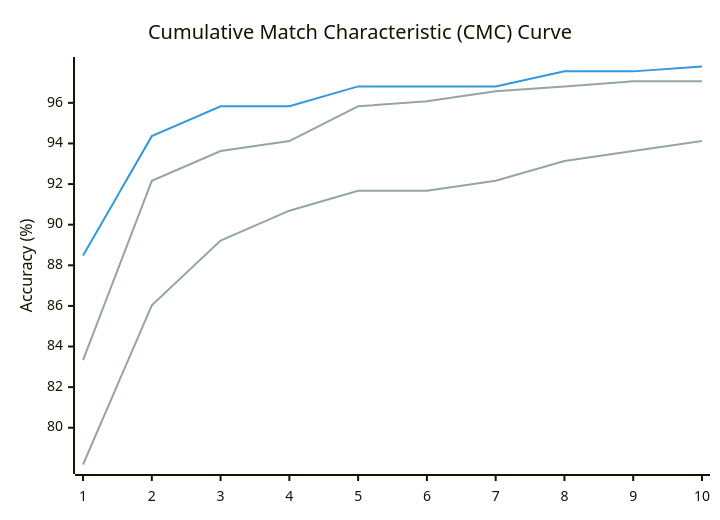
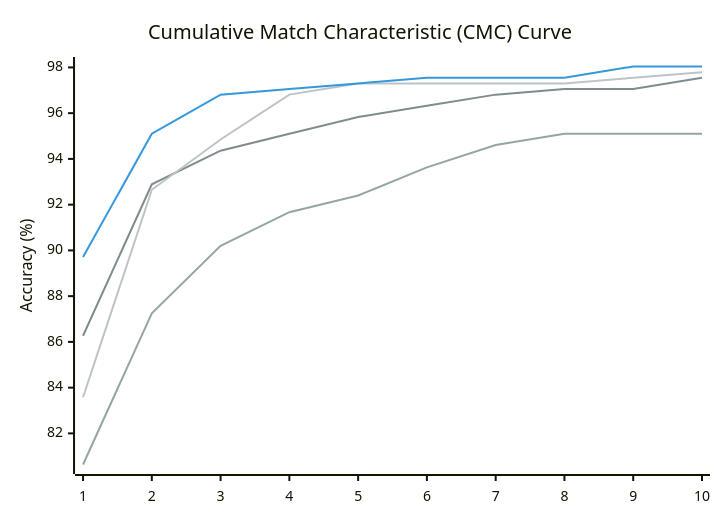
One commit to wangicheng/hybrid-reasoner changed the second of 13 diagrams in docs/report.md. Above: the diagram before and after it, drawn with Mermaid. The commit also changed other lines of this file and 21 other files, not shown here.

````diff
--- a/docs/report.md
+++ b/docs/report.md
@@ -179,10 +177,11 @@
 ```mermaid
-%%{init: { 'themeVariables': { 'xyChart': { 'plotColorPalette': '#95A5A6, #95A5A6, #3498DB' } } } }%%
+%%{init: { 'themeVariables': { 'xyChart': { 'plotColorPalette': '#95A5A6, #7F8C8D, #BDC3C7, #3498DB' } } } }%%
 xychart-beta
     title "Cumulative Match Characteristic (CMC) Curve"
     x-axis [1, 2, 3, 4, 5, 6, 7, 8, 9, 10]
     y-axis "Accuracy (%)"
-    line [78.19, 86.03, 89.22, 90.69, 91.67, 91.67, 92.16, 93.14, 93.63, 94.12]
-    line [83.33, 92.16, 93.63, 94.12, 95.83, 96.08, 96.57, 96.81, 97.06, 97.06]
-    line [88.48, 94.36, 95.83, 95.83, 96.81, 96.81, 96.81, 97.55, 97.55, 97.79]
+    line [80.64, 87.25, 90.20, 91.67, 92.40, 93.63, 94.61, 95.10, 95.10, 95.10]
+    line [86.27, 92.89, 94.36, 95.10, 95.83, 96.32, 96.81, 97.06, 97.06, 97.55]
+    line [83.58, 92.65, 94.85, 96.81, 97.30, 97.30, 97.30, 97.30, 97.55, 97.79]
+    line [89.71, 95.10, 96.81, 97.06, 97.30, 97.55, 97.55, 97.55, 98.04, 98.04]
 ```
````
